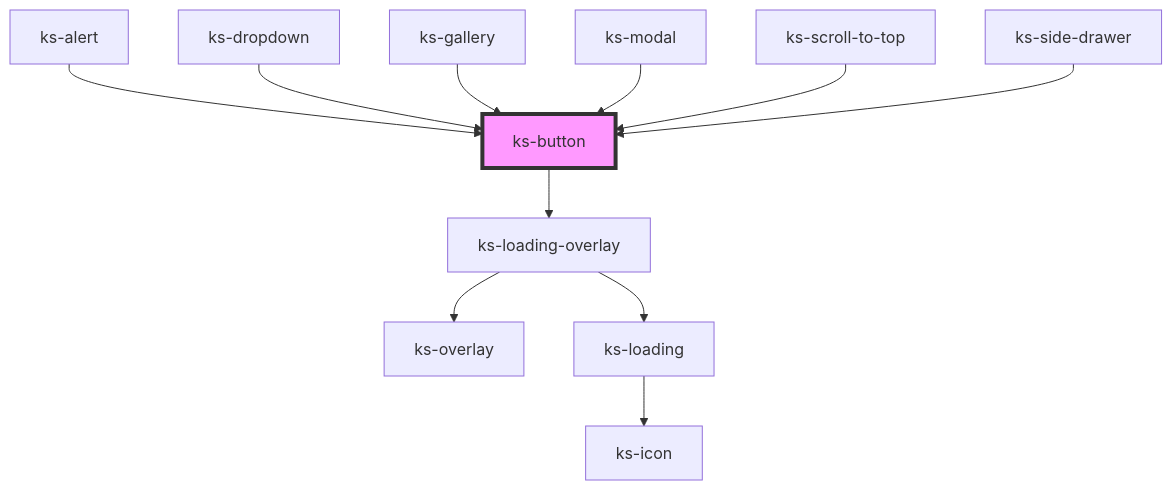
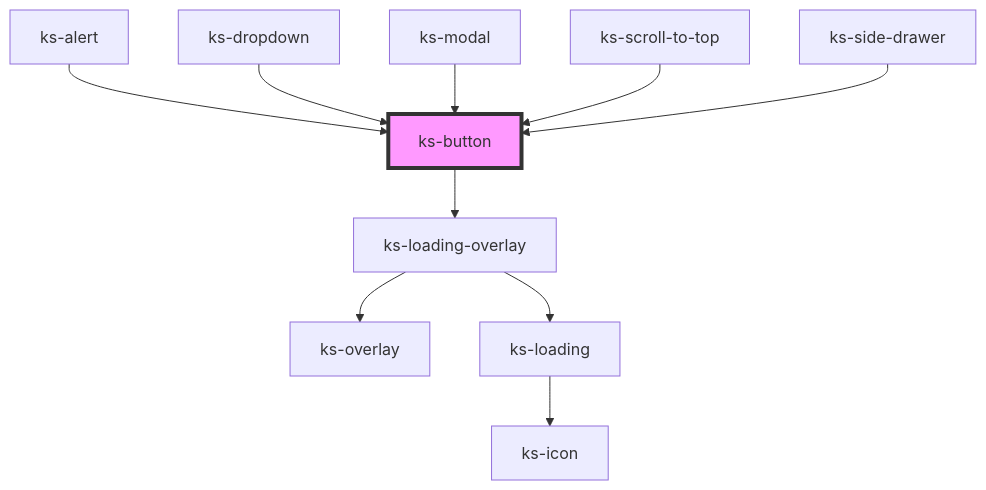
The diagram in src/scripts/components/button/readme.md (kickstand-ui/kickstand-ui), drawn with Mermaid before and after one commit. The commit also changed other lines of this file and 4 other files, not shown here.

````diff
--- a/src/scripts/components/button/readme.md
+++ b/src/scripts/components/button/readme.md
@@ -60,14 +59,13 @@
 ```mermaid
 graph TD;
   ks-button --> ks-loading-overlay
   ks-loading-overlay --> ks-overlay
   ks-loading-overlay --> ks-loading
   ks-loading --> ks-icon
   ks-alert --> ks-button
   ks-dropdown --> ks-button
-  ks-gallery --> ks-button
   ks-modal --> ks-button
   ks-scroll-to-top --> ks-button
   ks-side-drawer --> ks-button
   style ks-button fill:#f9f,stroke:#333,stroke-width:4px
 ```
````
